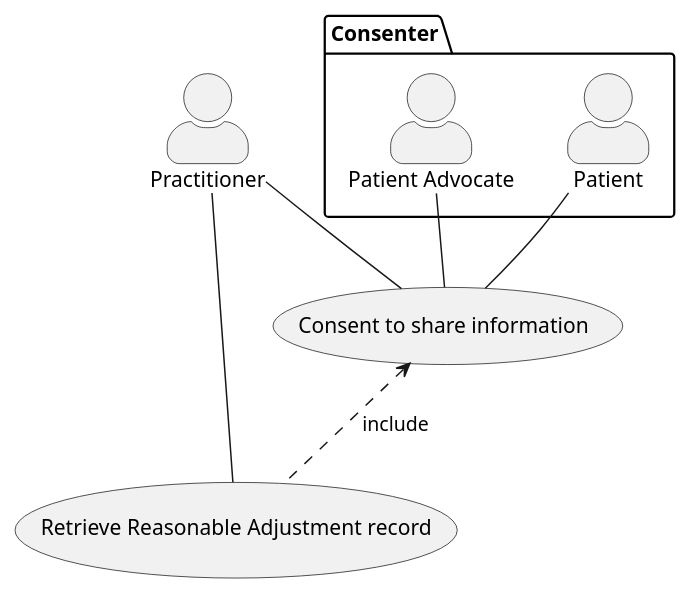
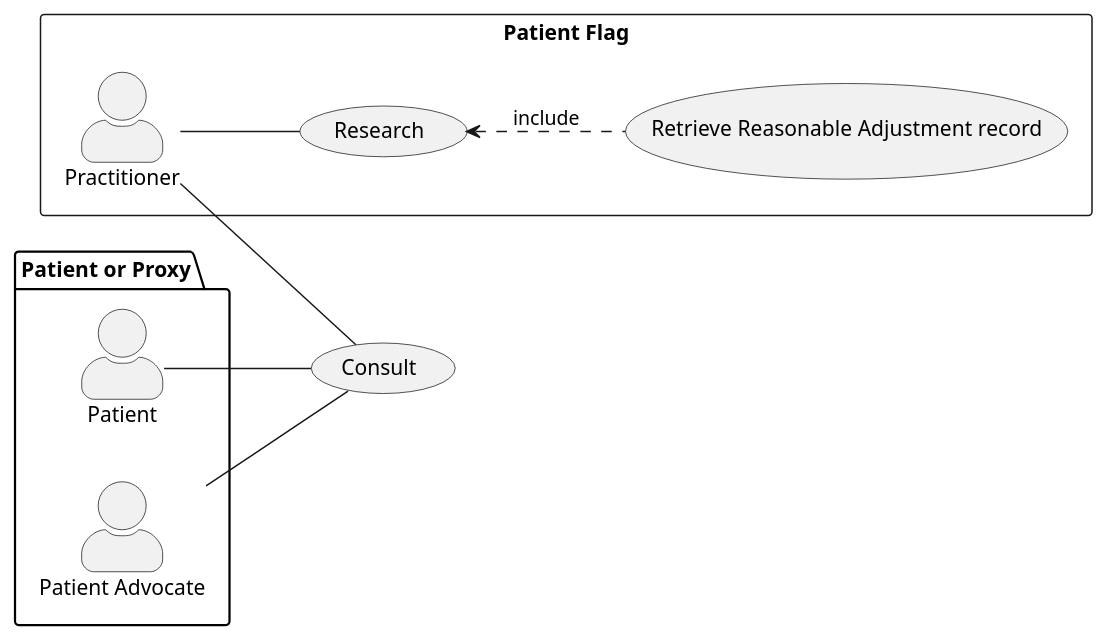
The first of 2 diagrams in NHSEnglandProgrammeImplementationGuides/backup/guides/RA-API/Home/Use-Cases/Retrieve-Reasonable-Adjustment-Record.page.md (NHSDigital/IOPS-FHIR-Simplifier-Backup), drawn with PlantUML before and after one commit. The commit also changed other lines of this file and 118 other files, not shown here.

```diff
--- a/NHSEnglandProgrammeImplementationGuides/backup/guides/RA-API/Home/Use-Cases/Retrieve-Reasonable-Adjustment-Record.page.md
+++ b/NHSEnglandProgrammeImplementationGuides/backup/guides/RA-API/Home/Use-Cases/Retrieve-Reasonable-Adjustment-Record.page.md
@@ -14,21 +13,26 @@
 @startuml
 
 skinparam actorStyle awesome
+left to right direction
 
+rectangle "Patient Flag"{
 actor Practitioner as pra
-package Consenter {
-  actor "Patient Advocate" as pad
-  actor Patient as pat
+usecase "Research" as record
+usecase "Retrieve Reasonable Adjustment record" as add
 }
 
-usecase "Consent to share information" as CON
-usecase "Retrieve Reasonable Adjustment record" as RET
 
-pat -- CON
-pad -- CON
-pra -- CON
-pra -- RET
+package "Patient or Proxy" {
+  actor Patient as pat
+  actor "Patient Advocate" as pad
+}
 
-CON <.. RET : include
+usecase "Consult" as consult
+
+pat -- consult
+pra -- consult
+pad -- consult
+pra -- record
+record <.. add : include
 
 @enduml
```
